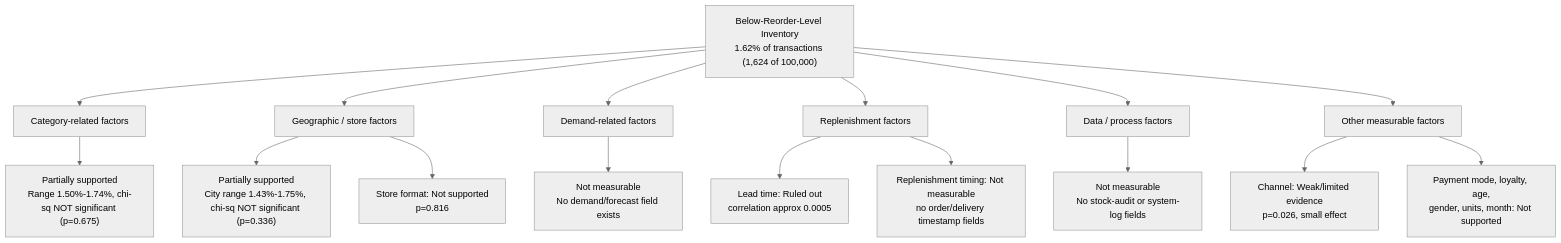
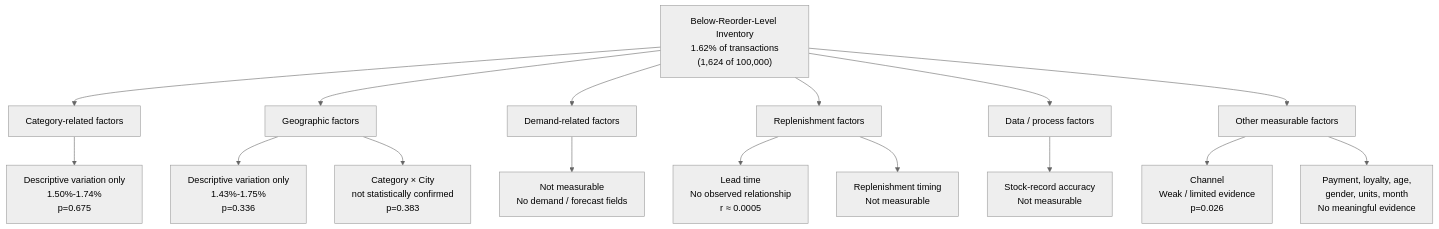
Before and after one commit to kavigamage-da/retail-sales-inventory-business-analysis: the diagram in business-analysis/root-cause-analysis.md, drawn with Mermaid (neutral theme). The commit also changed other lines of this file, not shown here.

````diff
--- a/business-analysis/root-cause-analysis.md
+++ b/business-analysis/root-cause-analysis.md
@@ -104,21 +202,25 @@
 ```mermaid
 graph TD
-    A["Below-Reorder-Level Inventory<br/>1.62% of transactions (1,624 of 100,000)"]
+    A["Below-Reorder-Level Inventory<br/>1.62% of transactions<br/>(1,624 of 100,000)"]
 
-    A --> B[Category-related factors]
-    A --> C[Geographic / store factors]
-    A --> D[Demand-related factors]
-    A --> E[Replenishment factors]
-    A --> F[Data / process factors]
-    A --> G[Other measurable factors]
+    A --> B["Category-related factors"]
+    A --> C["Geographic factors"]
+    A --> D["Demand-related factors"]
+    A --> E["Replenishment factors"]
+    A --> F["Data / process factors"]
+    A --> G["Other measurable factors"]
 
-    B --> B1["Partially supported<br/>Range 1.50%-1.74%, chi-sq NOT significant (p=0.675)"]
-    C --> C1["Partially supported<br/>City range 1.43%-1.75%, chi-sq NOT significant (p=0.336)"]
-    C --> C2["Store format: Not supported<br/>p=0.816"]
-    D --> D1["Not measurable<br/>No demand/forecast field exists"]
-    E --> E1["Lead time: Ruled out<br/>correlation approx 0.0005"]
-    E --> E2["Replenishment timing: Not measurable<br/>no order/delivery timestamp fields"]
-    F --> F1["Not measurable<br/>No stock-audit or system-log fields"]
-    G --> G1["Channel: Weak/limited evidence<br/>p=0.026, small effect"]
-    G --> G2["Payment mode, loyalty, age,<br/>gender, units, month: Not supported"]
+    B --> B1["Descriptive variation only<br/>1.50%-1.74%<br/>p=0.675"]
+    C --> C1["Descriptive variation only<br/>1.43%-1.75%<br/>p=0.336"]
+    C --> C2["Category × City<br/>not statistically confirmed<br/>p=0.383"]
+
+    D --> D1["Not measurable<br/>No demand / forecast fields"]
+
+    E --> E1["Lead time<br/>No observed relationship<br/>r ≈ 0.0005"]
+    E --> E2["Replenishment timing<br/>Not measurable"]
+
+    F --> F1["Stock-record accuracy<br/>Not measurable"]
+
+    G --> G1["Channel<br/>Weak / limited evidence<br/>p=0.026"]
+    G --> G2["Payment, loyalty, age,<br/>gender, units, month<br/>No meaningful evidence"]
 ```
````
